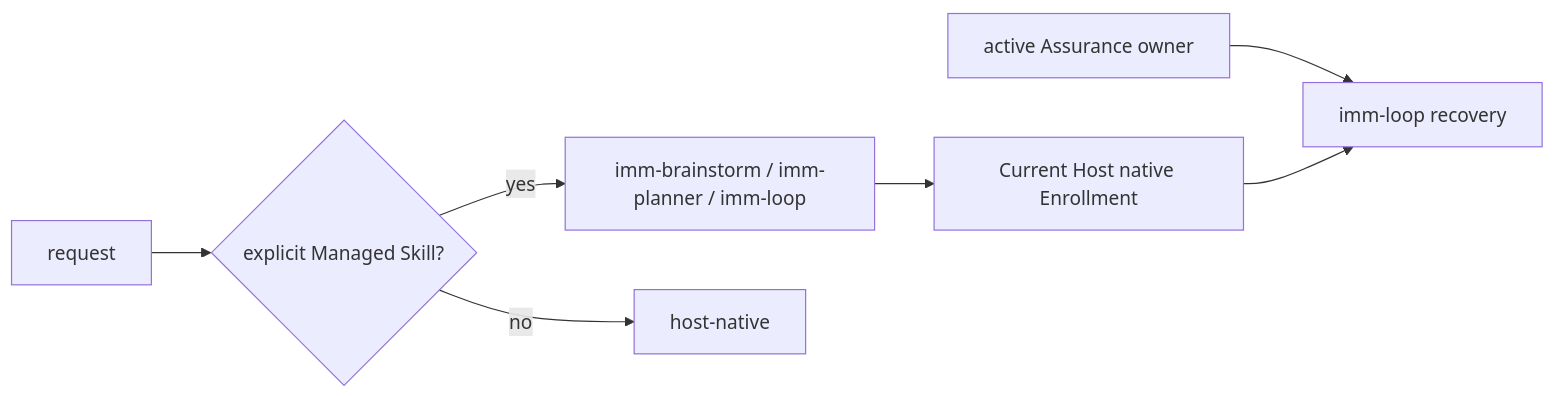
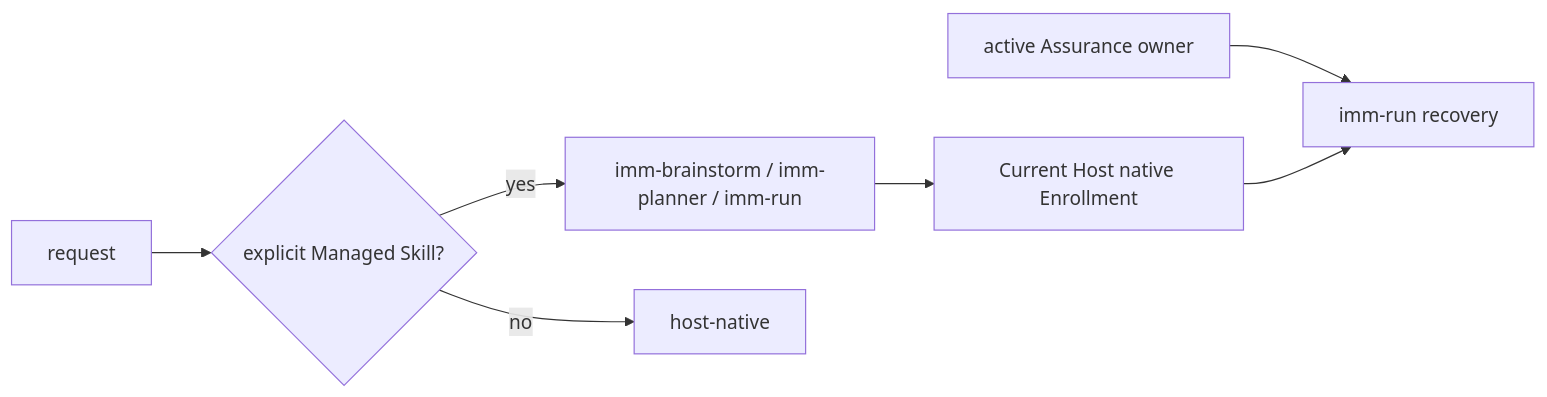
One commit to dereknex/immune-brain changed the first of 2 diagrams in plugins/immune-brain/README.md. Above: the diagram before and after it, drawn with Mermaid. The commit also changed other lines of this file and 83 other files, not shown here.

````diff
--- a/plugins/immune-brain/README.md
+++ b/plugins/immune-brain/README.md
@@ -41,9 +41,9 @@
 ```mermaid
 flowchart LR
   request[request] --> explicit{explicit Managed Skill?}
-  explicit -->|yes| skill[imm-brainstorm / imm-planner / imm-loop]
+  explicit -->|yes| skill[imm-brainstorm / imm-planner / imm-run]
   explicit -->|no| host[host-native]
-  owner[active Assurance owner] --> loop[imm-loop recovery]
+  owner[active Assurance owner] --> loop[imm-run recovery]
   skill --> native[Current Host native Enrollment]
   native --> loop
 ```
````
